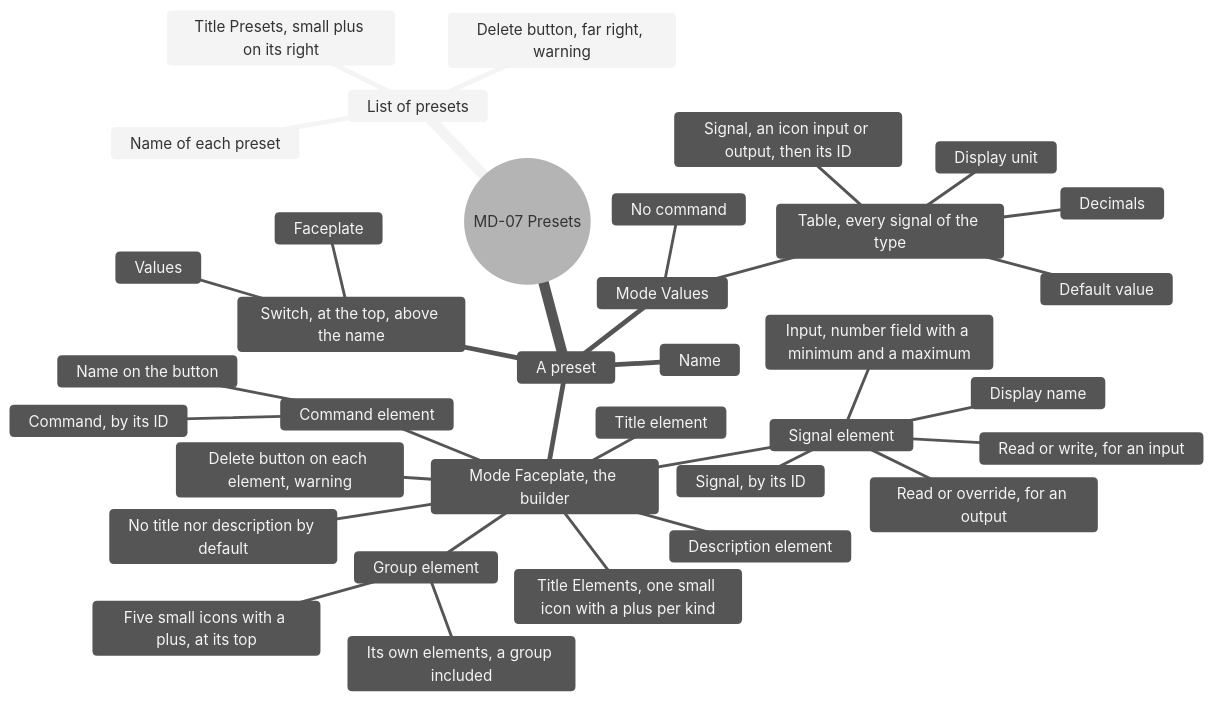
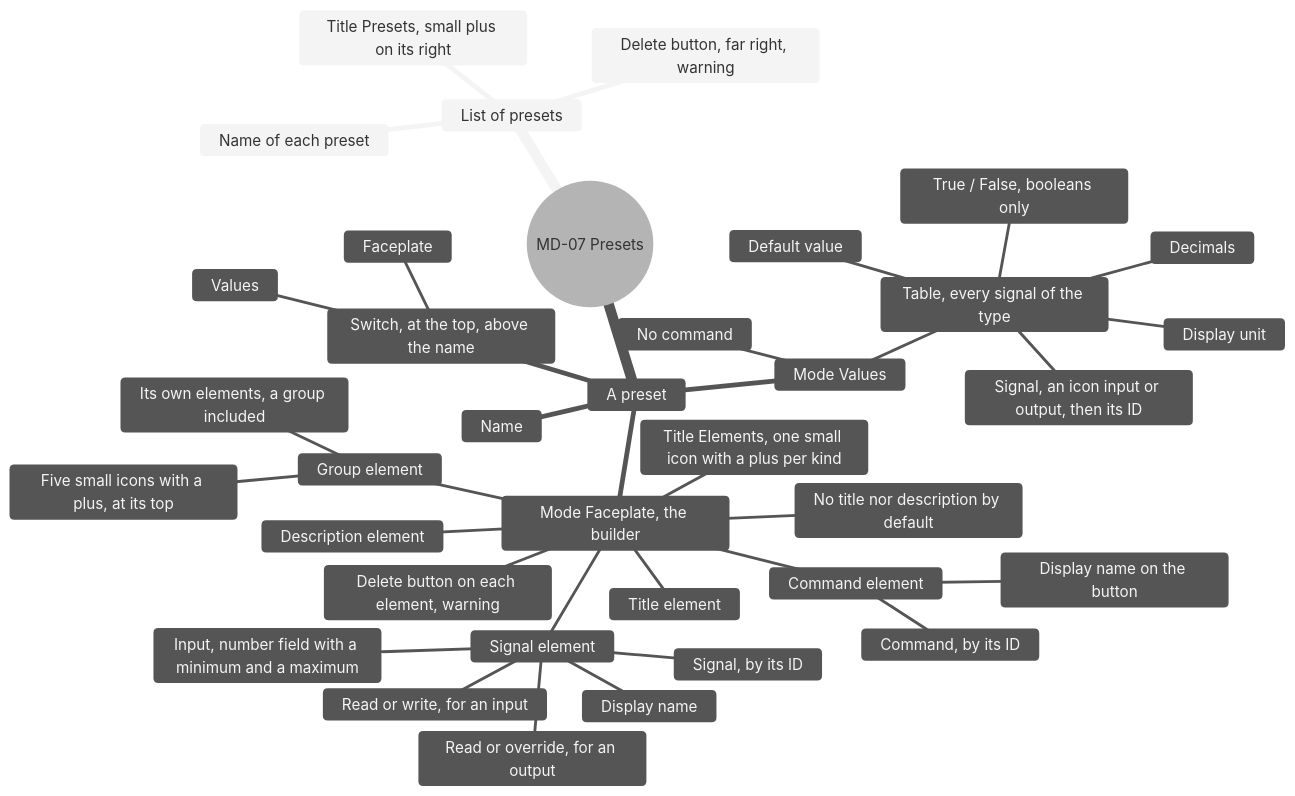
Diagram 12 of 16 in screens/metadata.md (AlexandreGallais/synoptic-studio-spec), drawn with Mermaid (neutral theme) before and after one commit. The commit also changed other lines of this file and 2 other files, not shown here.

````diff
--- a/screens/metadata.md
+++ b/screens/metadata.md
@@ -363,38 +363,39 @@
 ```mermaid
 mindmap
   root((MD-07 Presets))
     List of presets
       Title Presets, small plus on its right
       Name of each preset
       Delete button, far right, warning
     A preset
       Switch, at the top, above the name
         Values
         Faceplate
       Name
       Mode Values
         Table, every signal of the type
           Signal, an icon input or output, then its ID
           Display unit
           Decimals
+          True / False, booleans only
           Default value
         No command
       Mode Faceplate, the builder
         No title nor description by default
         Title Elements, one small icon with a plus per kind
         Signal element
           Signal, by its ID
           Display name
           Input, number field with a minimum and a maximum
           Read or write, for an input
           Read or override, for an output
         Command element
           Command, by its ID
-          Name on the button
+          Display name on the button
         Title element
         Description element
         Group element
           Five small icons with a plus, at its top
           Its own elements, a group included
         Delete button on each element, warning
 ```
````
